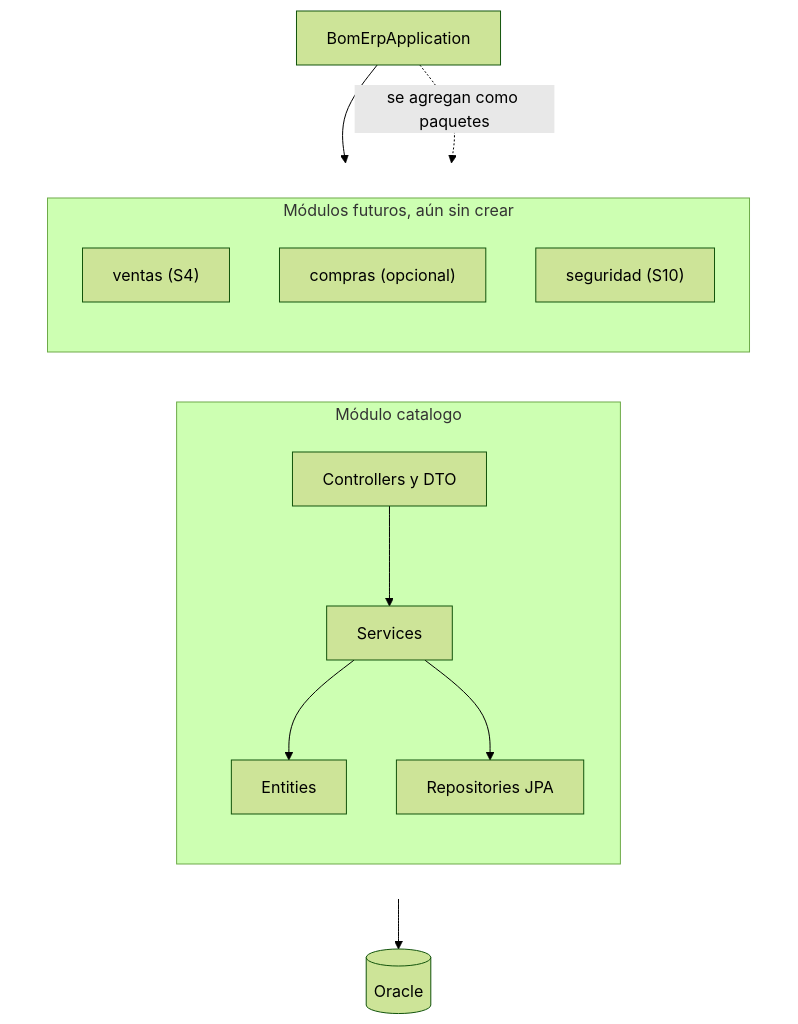
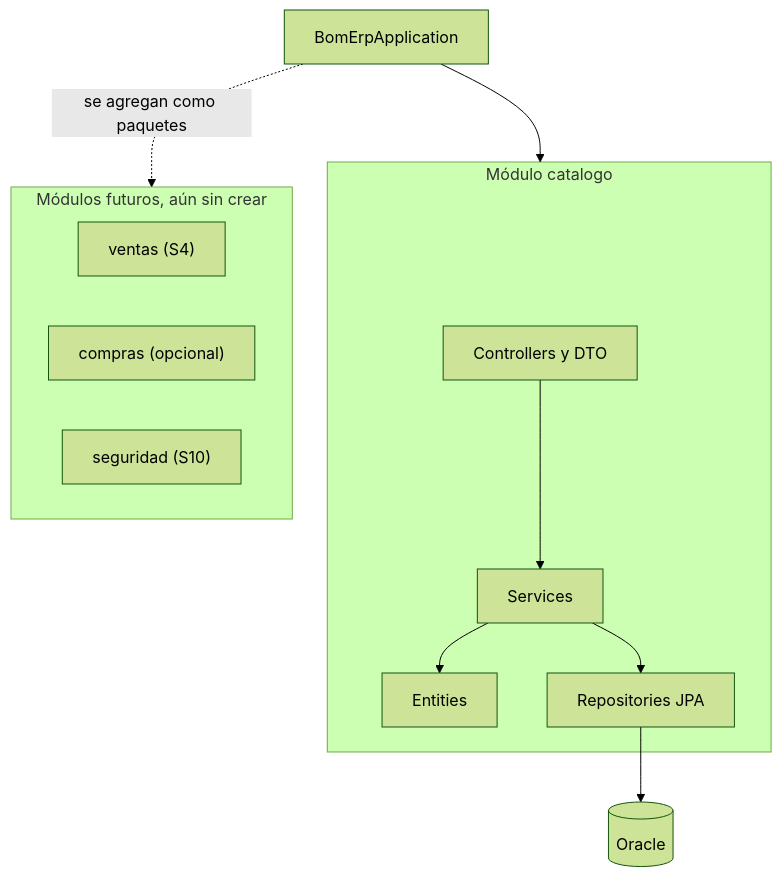
Before and after one commit to 262ciclo4/bomerp: the second of 2 diagrams in docs/lp2/sesiones/S01_Arquitectura_Backend_REST_Profesional.md, drawn with Mermaid (forest theme).

````diff
--- a/docs/lp2/sesiones/S01_Arquitectura_Backend_REST_Profesional.md
+++ b/docs/lp2/sesiones/S01_Arquitectura_Backend_REST_Profesional.md
@@ -80,29 +80,19 @@
 ```mermaid
 flowchart TB
-    APP[BomErpApplication]
+    APP[BomErpApplication] --> CAT
+    APP -.->|se agregan como paquetes| FUTUROS
 
-    subgraph ROW[" "]
-        direction LR
-        subgraph CAT["Módulo catalogo"]
-            direction TB
-            API[Controllers y DTO] --> USE[Services]
-            USE --> DOM[Entities]
-            USE --> INF[Repositories JPA]
-        end
-
-        subgraph FUTUROS["Módulos futuros, aún sin crear"]
-            direction TB
-            VEN["ventas (S4)"]
-            COM["compras (opcional)"]
-            SEG["seguridad (S10)"]
-        end
+    subgraph CAT["Módulo catalogo"]
+        API[Controllers y DTO] --> USE[Services]
+        USE --> DOM[Entities]
+        USE --> INF[Repositories JPA]
     end
 
-    DB[(Oracle)]
+    INF --> DB[(Oracle)]
 
-    APP --> CAT
-    APP -.->|se agregan como paquetes| FUTUROS
-    INF --> DB
-
-    style ROW fill:none,stroke:none
+    subgraph FUTUROS["Módulos futuros, aún sin crear"]
+        VEN["ventas (S4)"]
+        COM["compras (opcional)"]
+        SEG["seguridad (S10)"]
+    end
 ```
````
